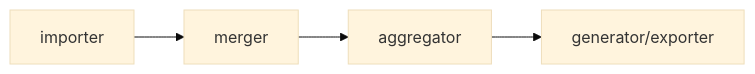
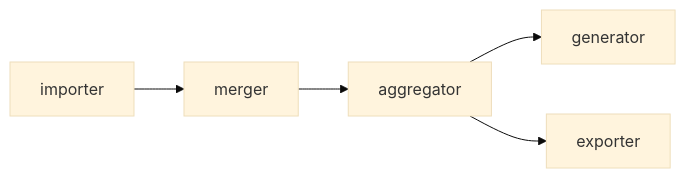
One commit to mapto/UchitelnoEvangelie changed the first of 3 diagrams in integrator/README.md. Above: the diagram before and after it, drawn with Mermaid (base theme). The commit also changed other lines of this file and 52 other files, not shown here.

````diff
--- a/integrator/README.md
+++ b/integrator/README.md
@@ -3,4 +5,4 @@
 ```mermaid
 graph LR
-  importer --> merger --> aggregator --> generator/exporter
+  importer --> merger --> aggregator --> generator & exporter
 ```
````
